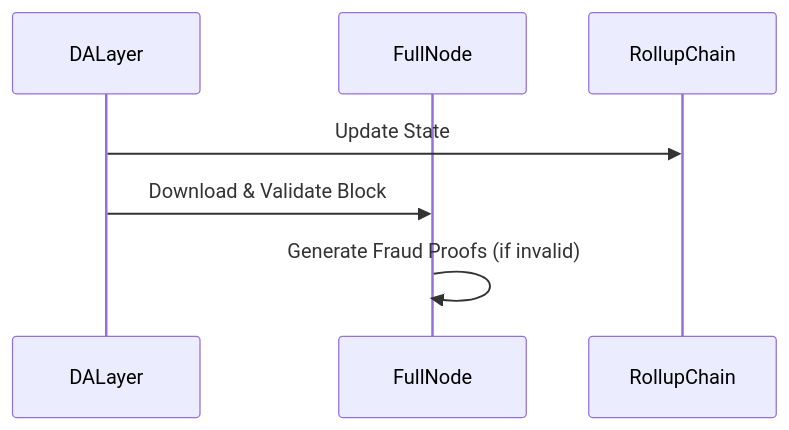
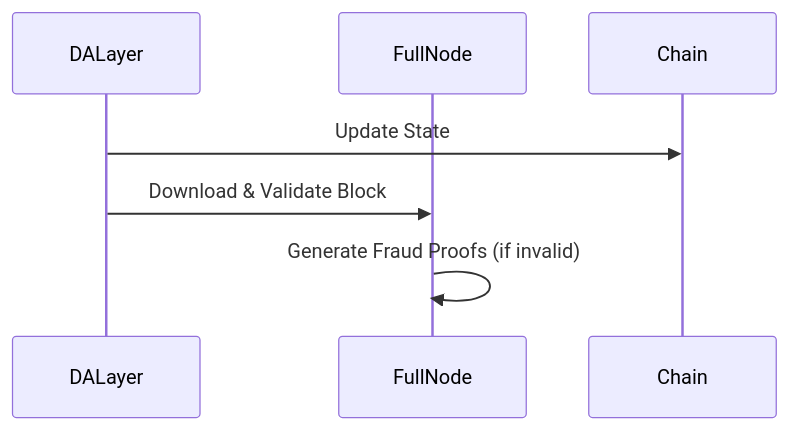
One commit to rollkit/docs changed the third of 4 diagrams in learn/transaction-flow.md. Above: the diagram before and after it, drawn with Mermaid. The commit also changed other lines of this file and 12 other files, not shown here.

````diff
--- a/learn/transaction-flow.md
+++ b/learn/transaction-flow.md
@@ -43,10 +43,10 @@
 ```mermaid
 sequenceDiagram
     participant DALayer
     participant FullNode
-    participant RollupChain
+    participant Chain
 
-    DALayer->>RollupChain: Update State
+    DALayer->>Chain: Update State
     DALayer->>FullNode: Download & Validate Block
     FullNode->>FullNode: Generate Fraud Proofs (if invalid)
 ```
````
